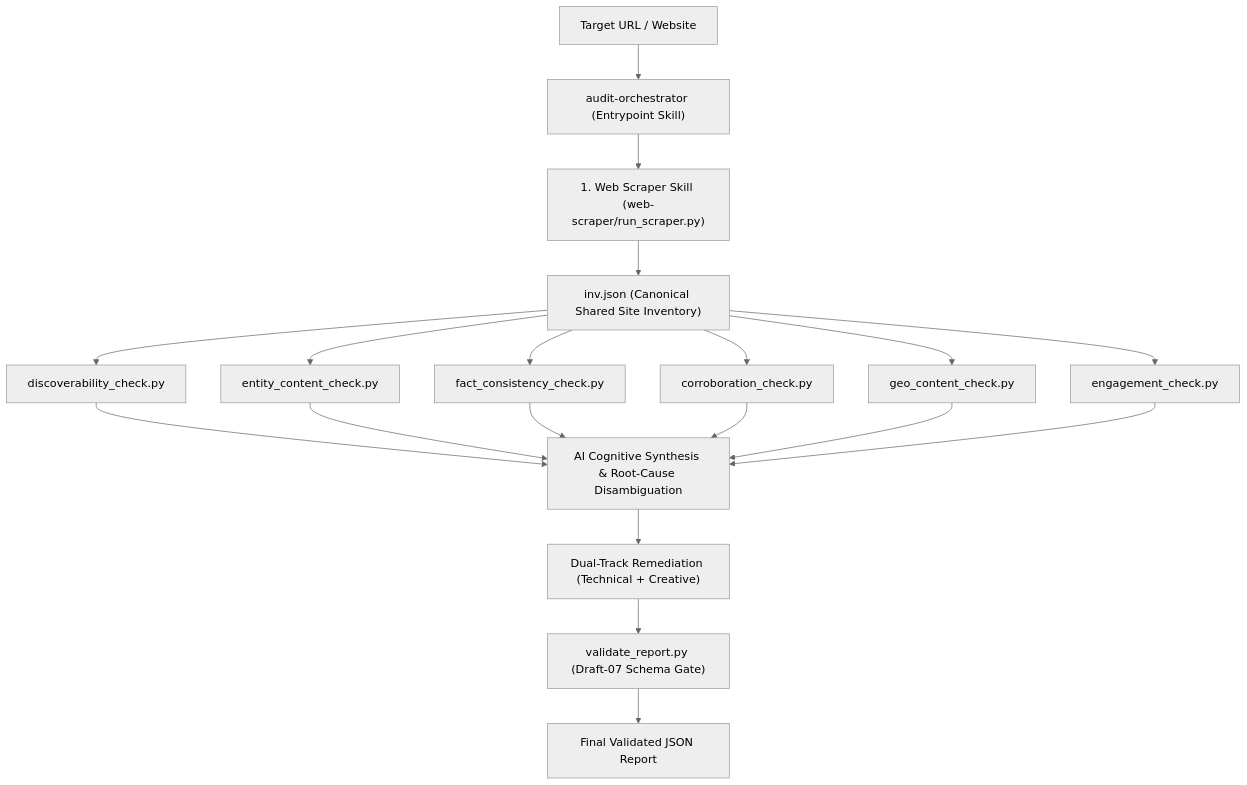
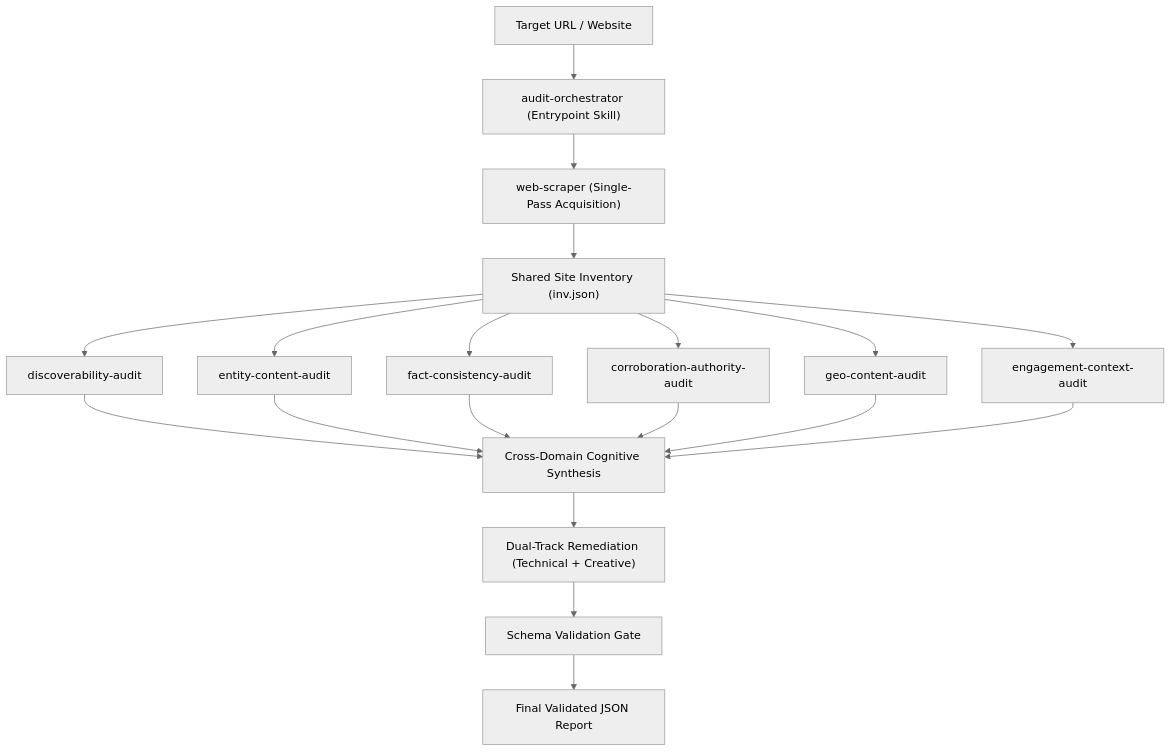
Before and after one commit to JayanthReddyKonda/adobe-brand-visibility-skill: the diagram in src/README.md, drawn with Mermaid (neutral theme). The commit also changed other lines of this file and 12 other files, not shown here.

````diff
--- a/src/README.md
+++ b/src/README.md
@@ -40,16 +62,16 @@
 ```mermaid
 graph TD
     A["Target URL / Website"] --> B["audit-orchestrator (Entrypoint Skill)"]
-    B --> C["1. Web Scraper Skill (web-scraper/run_scraper.py)"]
-    C --> D["inv.json (Canonical Shared Site Inventory)"]
-    D --> E1["discoverability_check.py"]
-    D --> E2["entity_content_check.py"]
-    D --> E3["fact_consistency_check.py"]
-    D --> E4["corroboration_check.py"]
-    D --> E5["geo_content_check.py"]
-    D --> E6["engagement_check.py"]
-    E1 & E2 & E3 & E4 & E5 & E6 --> F["AI Cognitive Synthesis & Root-Cause Disambiguation"]
+    B --> C["web-scraper (Single-Pass Acquisition)"]
+    C --> D["Shared Site Inventory (inv.json)"]
+    D --> E1["discoverability-audit"]
+    D --> E2["entity-content-audit"]
+    D --> E3["fact-consistency-audit"]
+    D --> E4["corroboration-authority-audit"]
+    D --> E5["geo-content-audit"]
+    D --> E6["engagement-context-audit"]
+    E1 & E2 & E3 & E4 & E5 & E6 --> F["Cross-Domain Cognitive Synthesis"]
     F --> G["Dual-Track Remediation (Technical + Creative)"]
-    G --> H["validate_report.py (Draft-07 Schema Gate)"]
+    G --> H["Schema Validation Gate"]
     H --> I["Final Validated JSON Report"]
 ```
````
